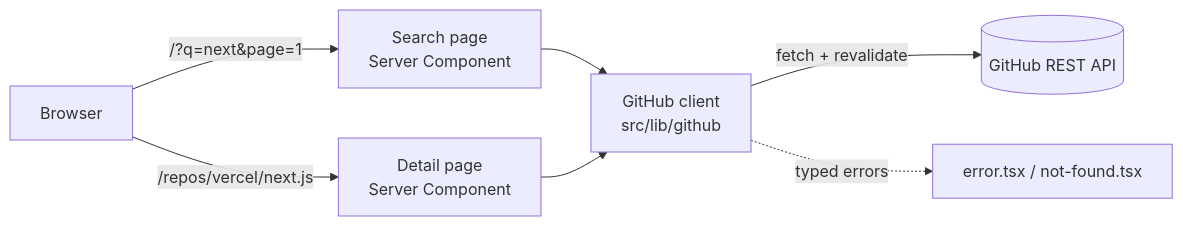
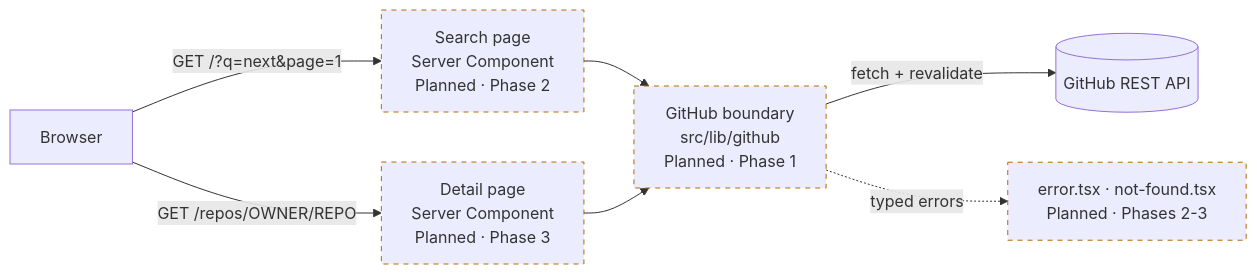
One commit to tommisullivan/github-repo-search changed the first of 5 diagrams in docs/ARCHITECTURE.md. Above: the diagram before and after it, drawn with Mermaid. The commit also changed other lines of this file and 4 other files, not shown here.

First line of the commit message:
Rewrite architecture doc with diagrams and boundary rules; add TESTING.md

````diff
--- a/docs/ARCHITECTURE.md
+++ b/docs/ARCHITECTURE.md
@@ -9,9 +29,12 @@
 ```mermaid
 flowchart LR
-    U[Browser] -->|"/?q=next&page=1"| SP[Search page<br/>Server Component]
-    U -->|/repos/vercel/next.js| DP[Detail page<br/>Server Component]
-    SP --> GC[GitHub client<br/>src/lib/github]
+    U["Browser"] -->|"GET /?q=next&page=1"| SP["Search page<br/>Server Component<br/>Planned · Phase 2"]
+    U -->|"GET /repos/OWNER/REPO"| DP["Detail page<br/>Server Component<br/>Planned · Phase 3"]
+    SP --> GC["GitHub boundary<br/>src/lib/github<br/>Planned · Phase 1"]
     DP --> GC
-    GC -->|"fetch + revalidate"| API[(GitHub REST API)]
-    GC -.->|typed errors| EB[error.tsx / not-found.tsx]
+    GC -->|"fetch + revalidate"| API[("GitHub REST API")]
+    GC -.->|"typed errors"| EB["error.tsx · not-found.tsx<br/>Planned · Phases 2-3"]
+
+    classDef planned stroke:#b26a00,stroke-width:1px,stroke-dasharray:5 5
+    class SP,DP,GC,EB planned
 ```
````
